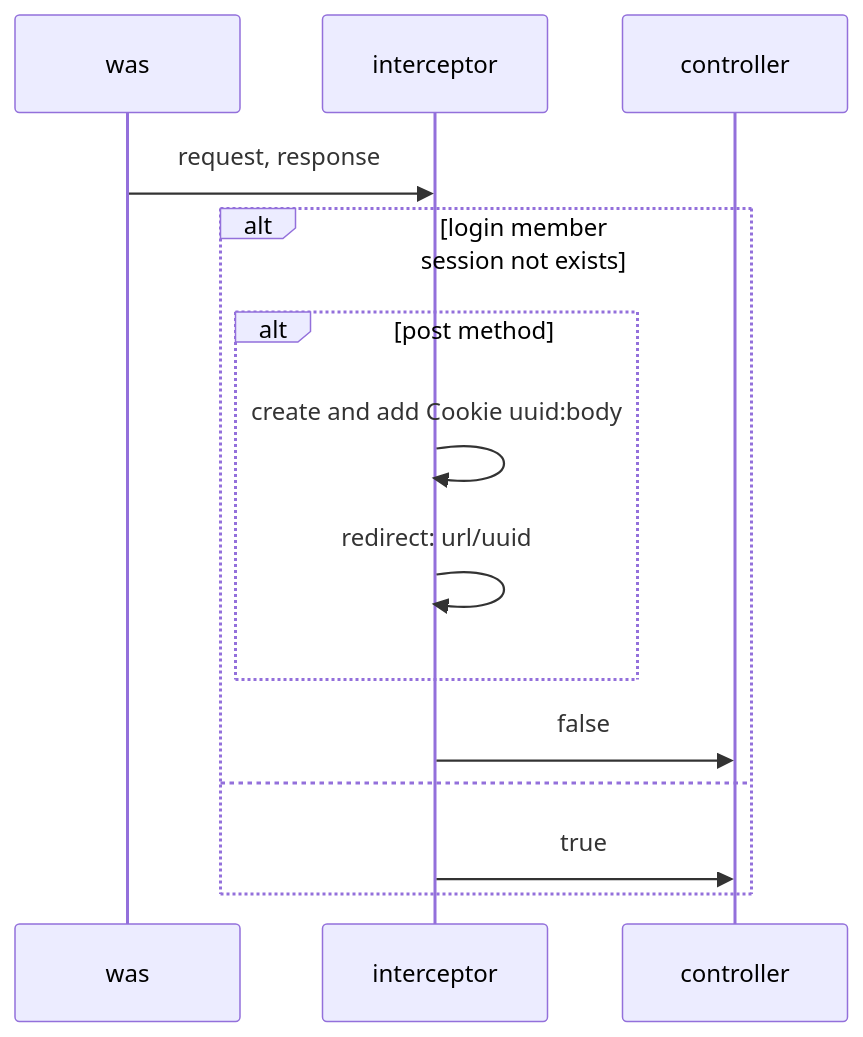
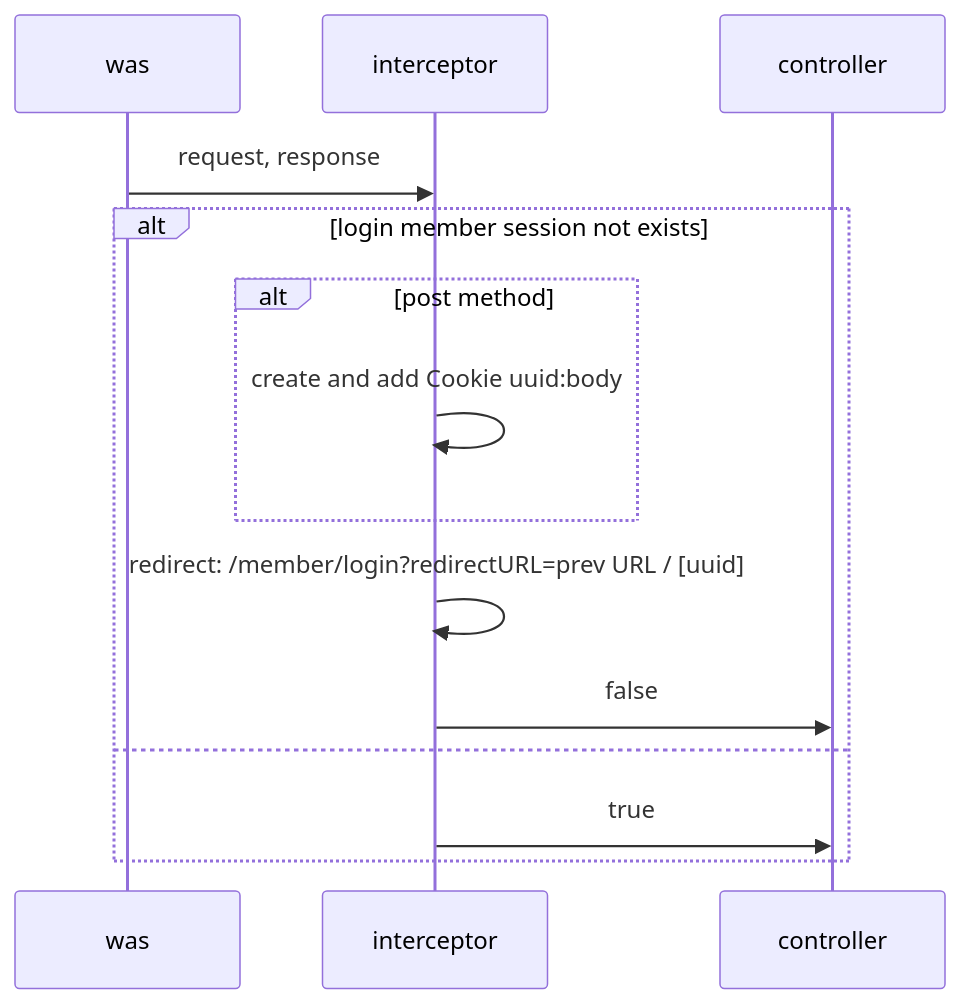
The fourth of 36 diagrams in sequence.md (mtak0235/snsX), drawn with Mermaid before and after one commit. The commit also changed other lines of this file and 6 other files, not shown here.

````diff
--- a/sequence.md
+++ b/sequence.md
@@ -91,17 +93,17 @@
 ```mermaid
 sequenceDiagram
 participant w as was
 participant i as interceptor
 participant c as controller
 
 w->>i: request, response
 alt login member session not exists
 alt post method
 i->>i: create and add Cookie uuid:body
-i->>i: redirect: url/uuid
 end
+i->>i: redirect: /member/login?redirectURL=prev URL / [uuid]
 i->>c:false
 else
 i->>c:true
 end
 ```
````
